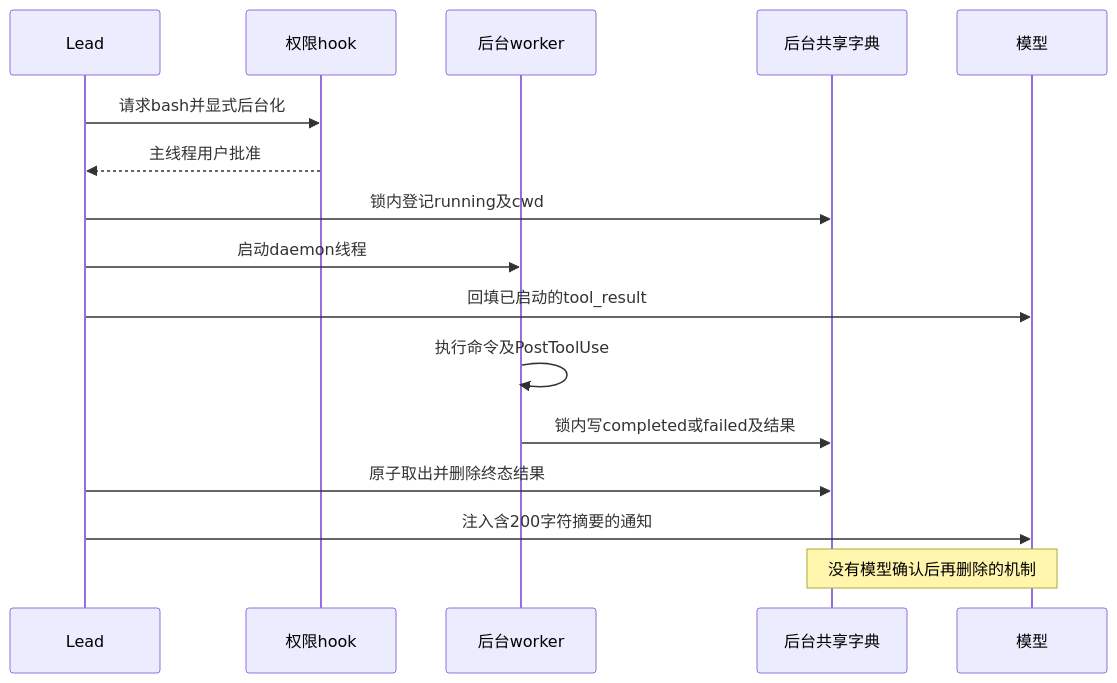
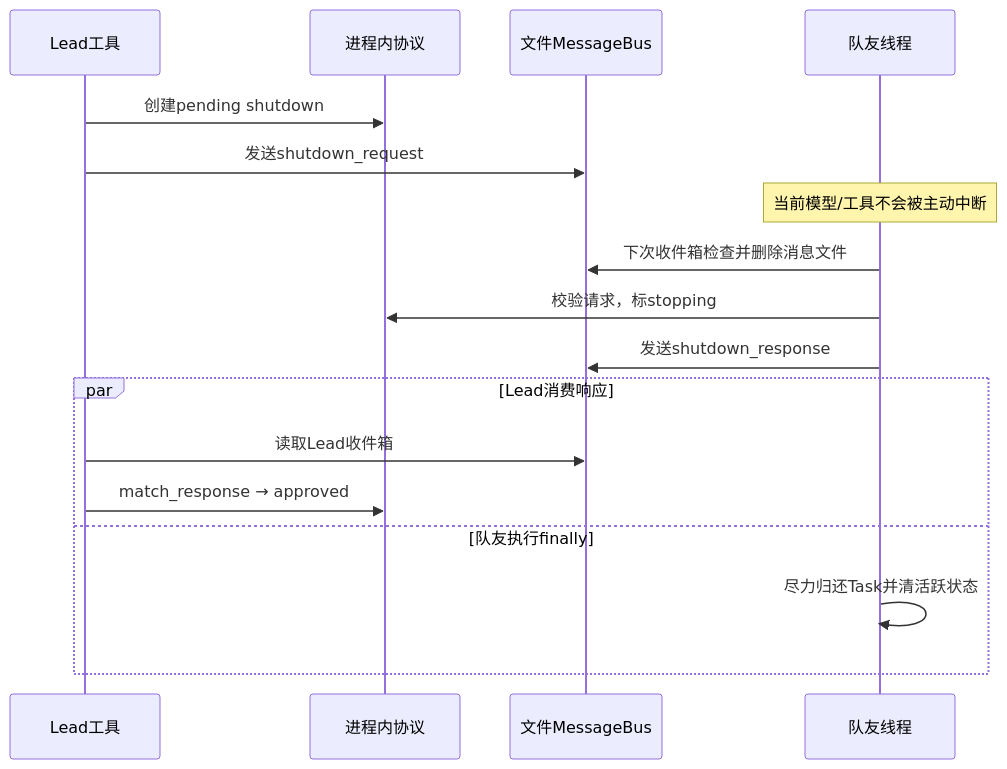
Before and after one commit to LiuXin19996/learn-claude-code: the tenth of 16 diagrams in .md/s15_integrated_harness.md, drawn with Mermaid. The commit also changed other lines of this file and 11 other files, not shown here.

````diff
--- a/.md/s15_integrated_harness.md
+++ b/.md/s15_integrated_harness.md
@@ -2412,18 +5254,19 @@
-```mermaid
+~~~mermaid
 sequenceDiagram
-    participant A as Lead
-    participant P as 权限hook
-    participant B as 后台worker
-    participant D as 后台共享字典
-    participant M as 模型
-    A->>P: 请求bash并显式后台化
-    P-->>A: 主线程用户批准
-    A->>D: 锁内登记running及cwd
-    A->>B: 启动daemon线程
-    A->>M: 回填已启动的tool_result
-    B->>B: 执行命令及PostToolUse
-    B->>D: 锁内写completed或failed及结果
-    A->>D: 原子取出并删除终态结果
-    A->>M: 注入含200字符摘要的通知
-    Note over D,M: 没有模型确认后再删除的机制
-```
+    participant L as Lead工具
+    participant P as 进程内协议
+    participant B as 文件MessageBus
+    participant T as 队友线程
+    L->>P: 创建pending shutdown
+    L->>B: 发送shutdown_request
+    Note over T: 当前模型/工具不会被主动中断
+    T->>B: 下次收件箱检查并删除消息文件
+    T->>P: 校验请求，标stopping
+    T->>B: 发送shutdown_response
+    par Lead消费响应
+        L->>B: 读取Lead收件箱
+        L->>P: match_response → approved
+    and 队友执行finally
+        T->>T: 尽力归还Task并清活跃状态
+    end
+~~~
````
